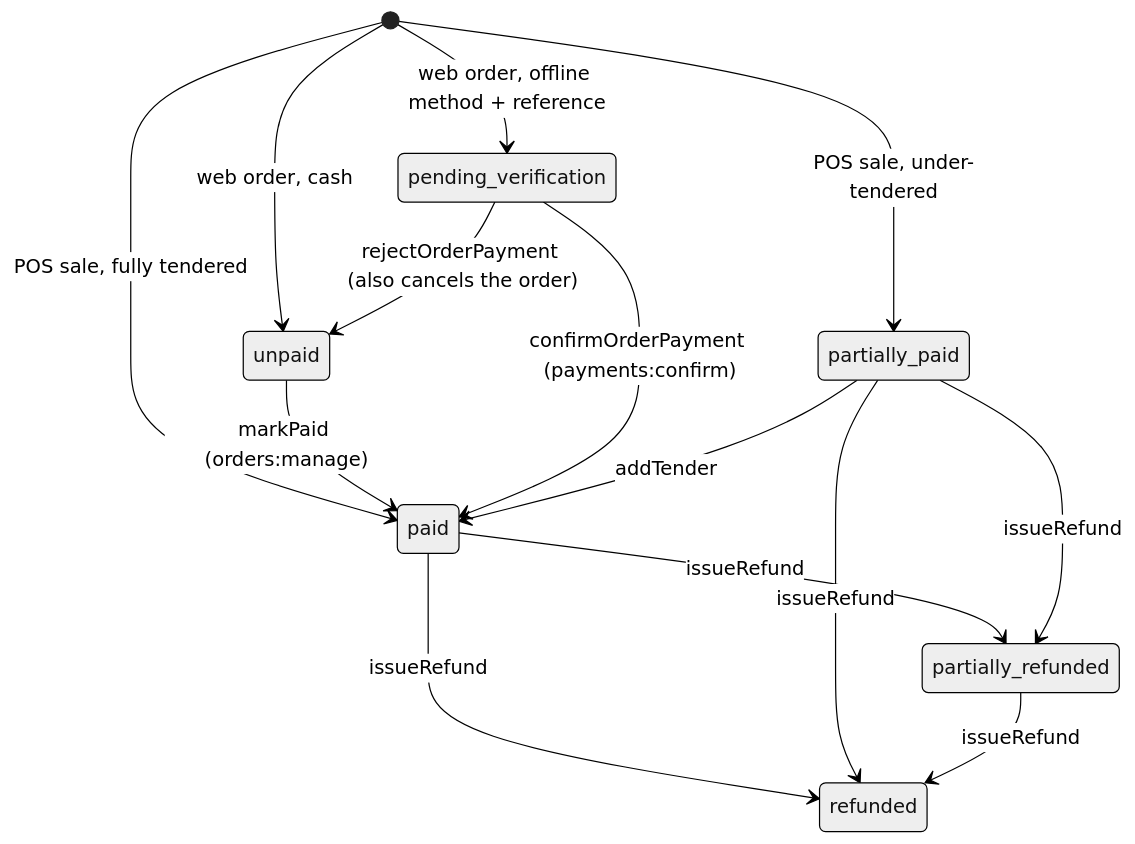
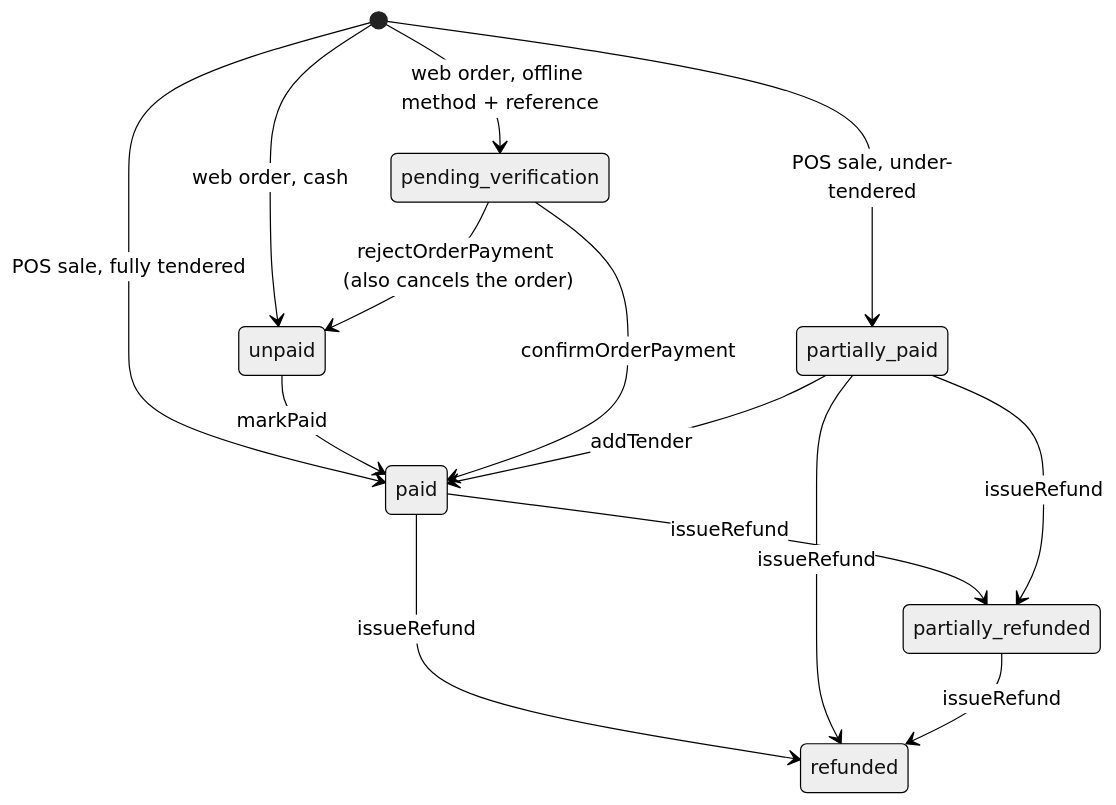
The second of 8 diagrams in docs/flows/state-machines.md (Ai-NativeLab/ServeOs), drawn with Mermaid (neutral theme) before and after one commit. The commit also changed other lines of this file and 2 other files, not shown here.

Commit message:
docs: fix Mermaid syntax so every diagram parses
Semicolons end a statement in sequence diagrams and a second colon breaks a
state-diagram label; both truncated diagrams. All 24 diagrams in the PR's
docs now pass mermaid.parse (mermaid 11.4.1).

````diff
--- a/docs/flows/state-machines.md
+++ b/docs/flows/state-machines.md
@@ -54,16 +54,16 @@
 ```mermaid
 stateDiagram-v2
     [*] --> unpaid: web order, cash
     [*] --> pending_verification: web order, offline method + reference
     [*] --> paid: POS sale, fully tendered
     [*] --> partially_paid: POS sale, under-tendered
-    unpaid --> paid: markPaid (orders:manage)
-    pending_verification --> paid: confirmOrderPayment (payments:confirm)
+    unpaid --> paid: markPaid
+    pending_verification --> paid: confirmOrderPayment
     pending_verification --> unpaid: rejectOrderPayment (also cancels the order)
     partially_paid --> paid: addTender
     paid --> partially_refunded: issueRefund
     paid --> refunded: issueRefund
     partially_paid --> partially_refunded: issueRefund
     partially_paid --> refunded: issueRefund
     partially_refunded --> refunded: issueRefund
 ```
````
